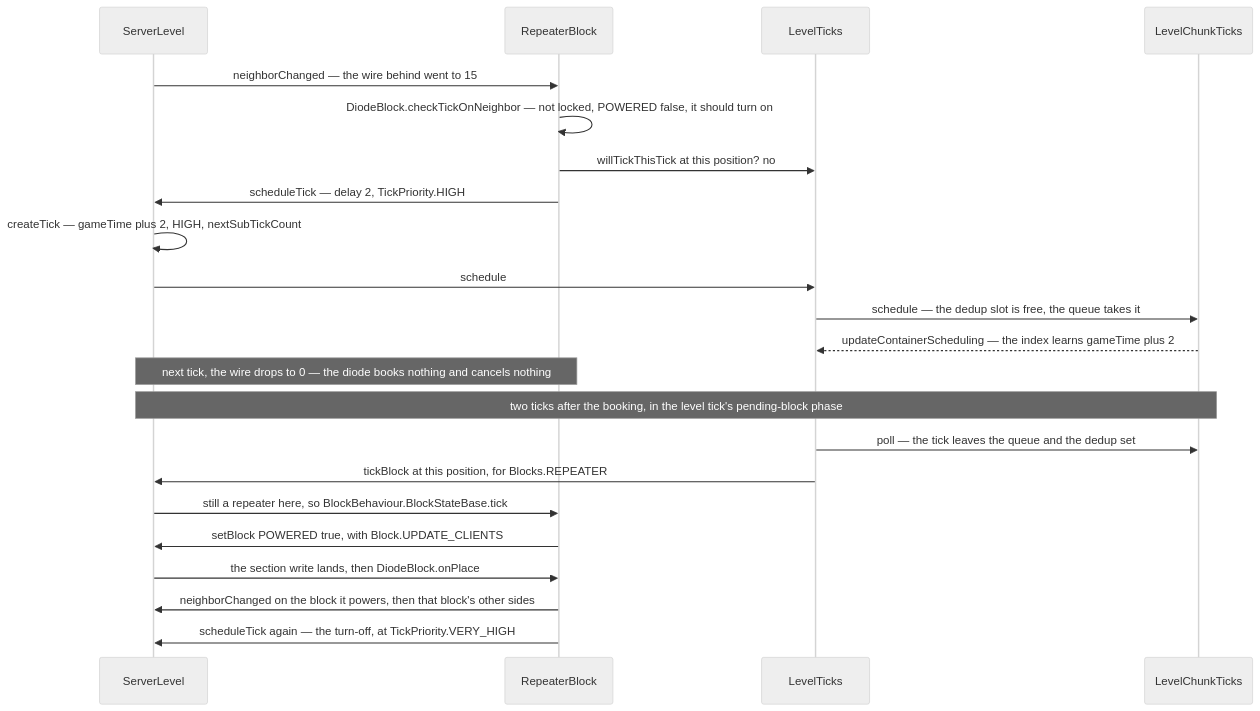
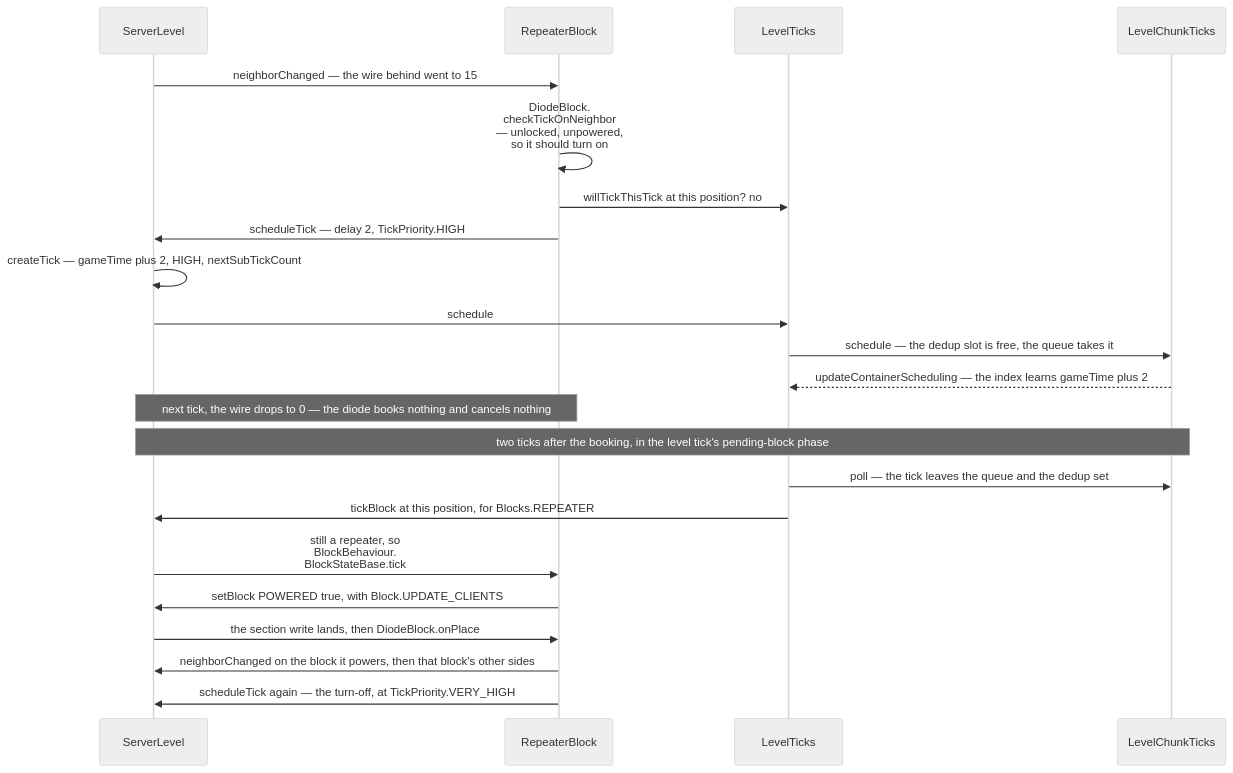
One commit to AlexanderjFraser/MinecraftDocs changed the third of 3 diagrams in src/systems/world/scheduled-ticks.md. Above: the diagram before and after it, drawn with Mermaid (neutral theme). The commit also changed 55 other files, not shown here.

First line of the commit message:
pass 7, session O — the close, before K: the figure gate strict, the landing figures read as one set, and one strike in thirty not borne out

````diff
--- a/src/systems/world/scheduled-ticks.md
+++ b/src/systems/world/scheduled-ticks.md
@@ -277,25 +277,25 @@
 ```mermaid
 sequenceDiagram
     participant SL as ServerLevel
     participant RB as RepeaterBlock
     participant LTs as LevelTicks
     participant LCTs as LevelChunkTicks
 
     SL->>RB: neighborChanged — the wire behind went to 15
-    RB->>RB: DiodeBlock.checkTickOnNeighbor — not locked, POWERED false, it should turn on
+    RB->>RB: DiodeBlock.<br/>checkTickOnNeighbor<br/>— unlocked, unpowered,<br/>so it should turn on
     RB->>LTs: willTickThisTick at this position? no
     RB->>SL: scheduleTick — delay 2, TickPriority.HIGH
     SL->>SL: createTick — gameTime plus 2, HIGH, nextSubTickCount
     SL->>LTs: schedule
     LTs->>LCTs: schedule — the dedup slot is free, the queue takes it
     LCTs-->>LTs: updateContainerScheduling — the index learns gameTime plus 2
     Note over SL,RB: next tick, the wire drops to 0 — the diode books nothing and cancels nothing
     Note over SL,LCTs: two ticks after the booking, in the level tick's pending-block phase
     LTs->>LCTs: poll — the tick leaves the queue and the dedup set
     LTs->>SL: tickBlock at this position, for Blocks.REPEATER
-    SL->>RB: still a repeater here, so BlockBehaviour.BlockStateBase.tick
+    SL->>RB: still a repeater, so<br/>BlockBehaviour.<br/>BlockStateBase.tick
     RB->>SL: setBlock POWERED true, with Block.UPDATE_CLIENTS
     SL->>RB: the section write lands, then DiodeBlock.onPlace
     RB->>SL: neighborChanged on the block it powers, then that block's other sides
     RB->>SL: scheduleTick again — the turn-off, at TickPriority.VERY_HIGH
 ```
````
